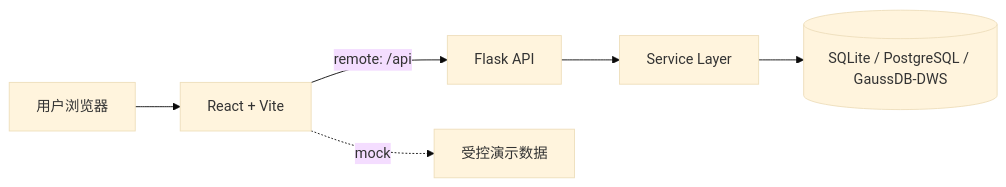
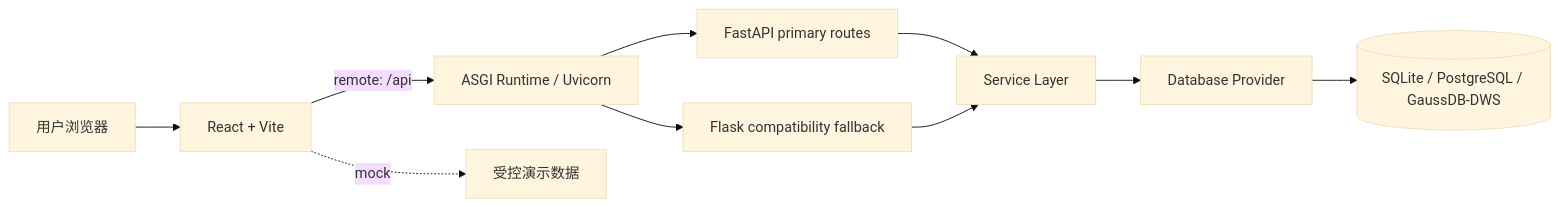
One commit to 0verme/data-asset-portal-community changed the diagram in README.md. Above: the diagram before and after it, drawn with Mermaid (base theme). The commit also changed other lines of this file and 20 other files, not shown here.

First line of the commit message:
📝 docs(runtime): 对齐 FastAPI primary runtime 架构说明

````diff
--- a/README.md
+++ b/README.md
@@ -125,8 +125,12 @@
 ```mermaid
 flowchart LR
   U["用户浏览器"] --> R["React + Vite"]
-  R -->|"remote: /api"| F["Flask API"]
+  R -->|"remote: /api"| A["ASGI Runtime / Uvicorn"]
+  A --> F["FastAPI primary routes"]
+  A --> W["Flask compatibility fallback"]
   F --> S["Service Layer"]
-  S --> D[("SQLite / PostgreSQL / GaussDB-DWS")]
+  W --> S
+  S --> D["Database Provider"]
+  D --> DB[("SQLite / PostgreSQL / GaussDB-DWS")]
   R -.->|"mock"| M["受控演示数据"]
 ```
````
